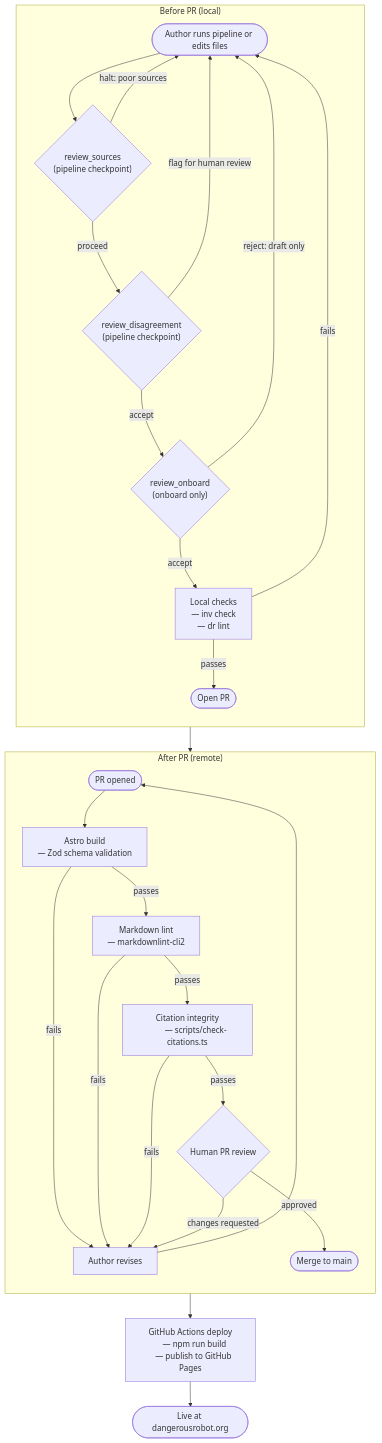
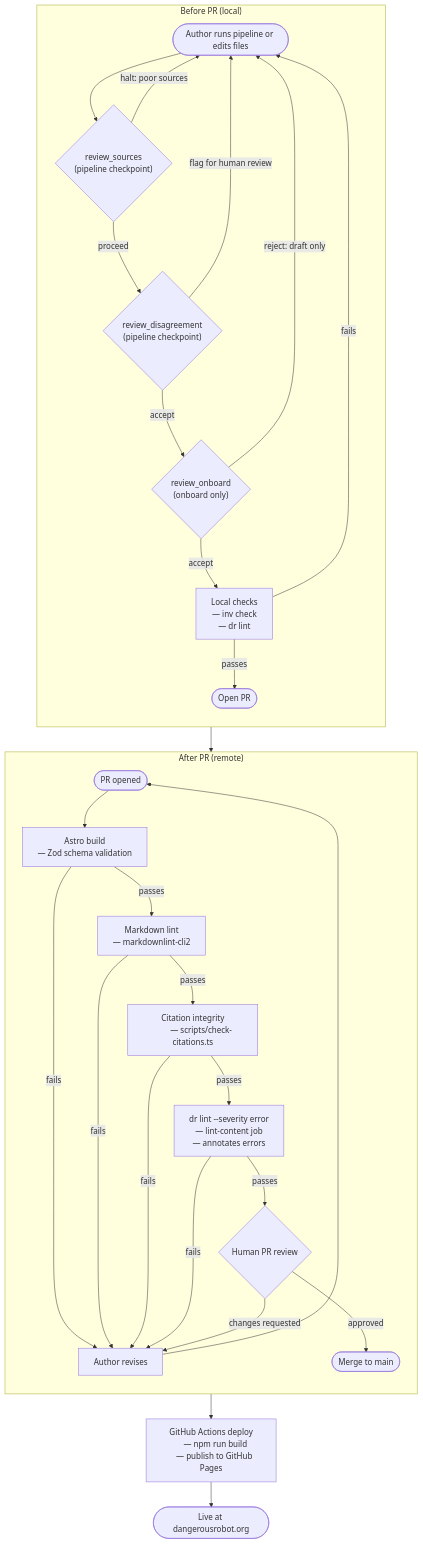
One commit to dangerous-robot/site changed the fifth of 5 diagrams in docs/architecture/research-flow.md. Above: the diagram before and after it, drawn with Mermaid. The commit also changed other lines of this file and 6 other files, not shown here.

First line of the commit message:
docs(architecture): reconcile architecture docs with implemented pipeline

````diff
--- a/docs/architecture/research-flow.md
+++ b/docs/architecture/research-flow.md
@@ -162,52 +169,57 @@
 ```mermaid
 flowchart TD
     subgraph before ["Before PR (local)"]
         direction TB
         START([Author runs pipeline or edits files]) --> PG1
         PG1{"review_sources
         (pipeline checkpoint)"}
         PG1 -->|halt: poor sources| START
         PG1 -->|proceed| PG2
         PG2{"review_disagreement
         (pipeline checkpoint)"}
         PG2 -->|flag for human review| START
         PG2 -->|accept| PG3
         PG3{"review_onboard
         (onboard only)"}
         PG3 -->|reject: draft only| START
         PG3 -->|accept| LOCAL
         LOCAL["Local checks
         — inv check
         — dr lint"]
         LOCAL -->|fails| START
         LOCAL -->|passes| OPEN([Open PR])
     end
 
     OPEN --> AFTER_ENTRY
 
     subgraph after ["After PR (remote)"]
         direction TB
         AFTER_ENTRY([PR opened]) --> CI1
         CI1["Astro build
         — Zod schema validation"]
         CI1 -->|fails| REWORK[Author revises]
         CI1 -->|passes| CI2
         CI2["Markdown lint
         — markdownlint-cli2"]
         CI2 -->|fails| REWORK
         CI2 -->|passes| CI3
         CI3["Citation integrity
         — scripts/check-citations.ts"]
         CI3 -->|fails| REWORK
-        CI3 -->|passes| REV
+        CI3 -->|passes| CI4
+        CI4["dr lint --severity error
+        — lint-content job
+        — annotates errors"]
+        CI4 -->|fails| REWORK
+        CI4 -->|passes| REV
         REV{Human PR review}
         REV -->|changes requested| REWORK
         REV -->|approved| MERGE([Merge to main])
         REWORK --> AFTER_ENTRY
     end
 
     MERGE --> DEPLOY["GitHub Actions deploy
     — npm run build
     — publish to GitHub Pages"]
     DEPLOY --> LIVE([Live at dangerousrobot.org])
 ```
````
